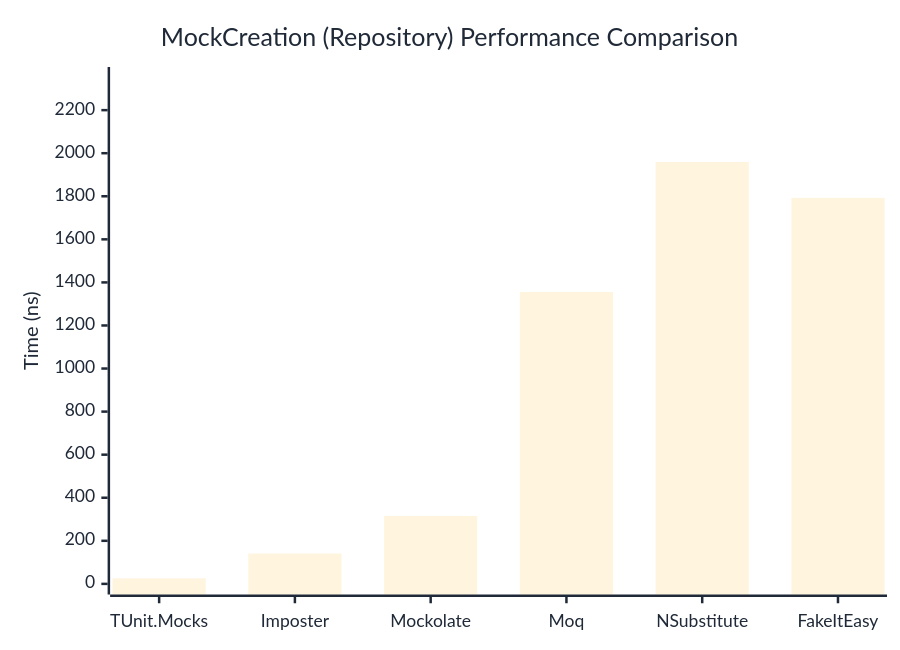
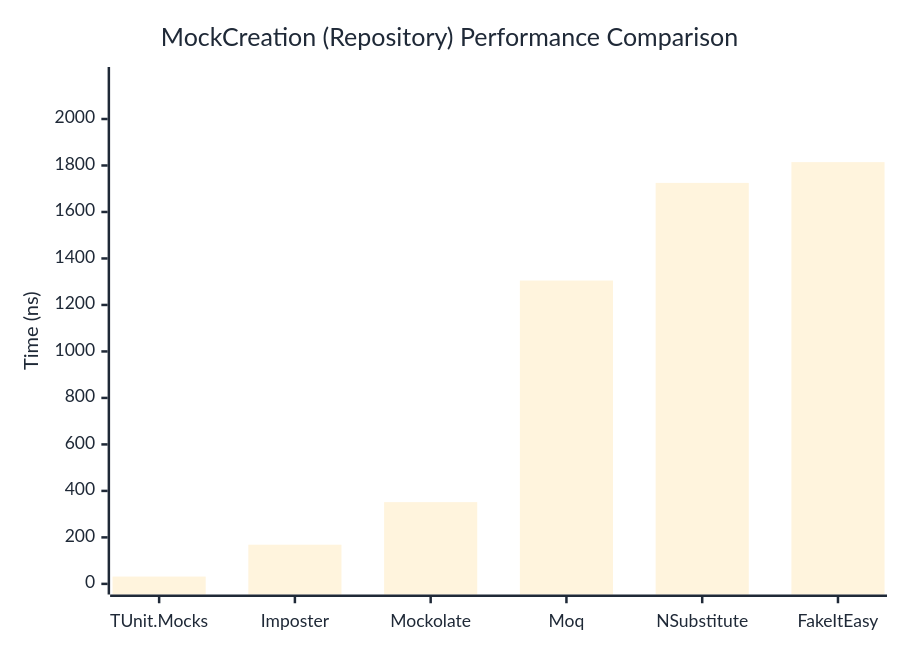
One commit to weiyilai/TUnit changed the second of 2 diagrams in docs/docs/benchmarks/mocks/MockCreation.md. Above: the diagram before and after it, drawn with Mermaid. The commit also changed other lines of this file and 14 other files, not shown here.

````diff
--- a/docs/docs/benchmarks/mocks/MockCreation.md
+++ b/docs/docs/benchmarks/mocks/MockCreation.md
@@ -69,27 +69,27 @@
 ```mermaid
 %%{init: {
   'theme':'base',
   'themeVariables': {
     'primaryColor': '#2563eb',
     'primaryTextColor': '#1f2937',
     'primaryBorderColor': '#1e40af',
     'lineColor': '#6b7280',
     'secondaryColor': '#7c3aed',
     'tertiaryColor': '#dc2626',
     'background': '#ffffff',
     'pie1': '#2563eb',
     'pie2': '#7c3aed',
     'pie3': '#dc2626',
     'pie4': '#f59e0b',
     'pie5': '#10b981',
     'pie6': '#06b6d4',
     'pie7': '#ec4899',
     'pie8': '#6366f1'
   }
 }}%%
 xychart-beta
   title "MockCreation (Repository) Performance Comparison"
   x-axis ["TUnit.Mocks", "Imposter", "Mockolate", "Moq", "NSubstitute", "FakeItEasy"]
-  y-axis "Time (ns)" 0 --> 2351
-  bar [25.49, 141.05, 315.34, 1355.6, 1959.03, 1792.61]
+  y-axis "Time (ns)" 0 --> 2178
+  bar [31.44, 168.51, 351.62, 1305.02, 1725, 1814.41]
 ```
````
